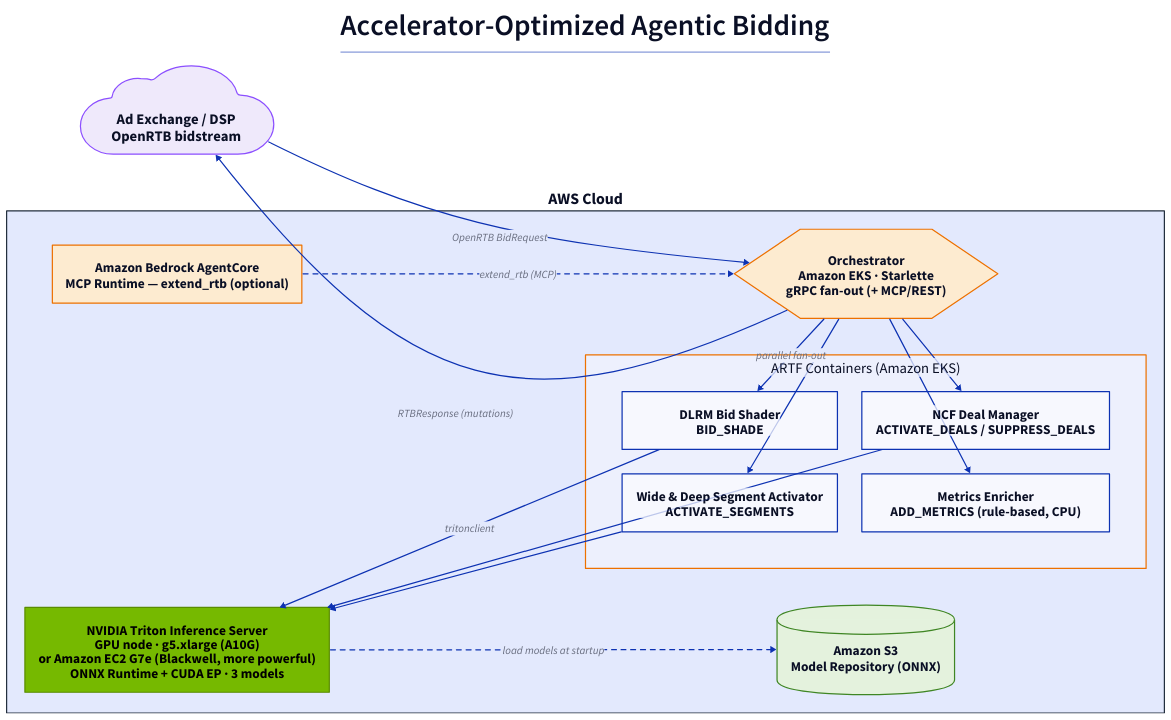
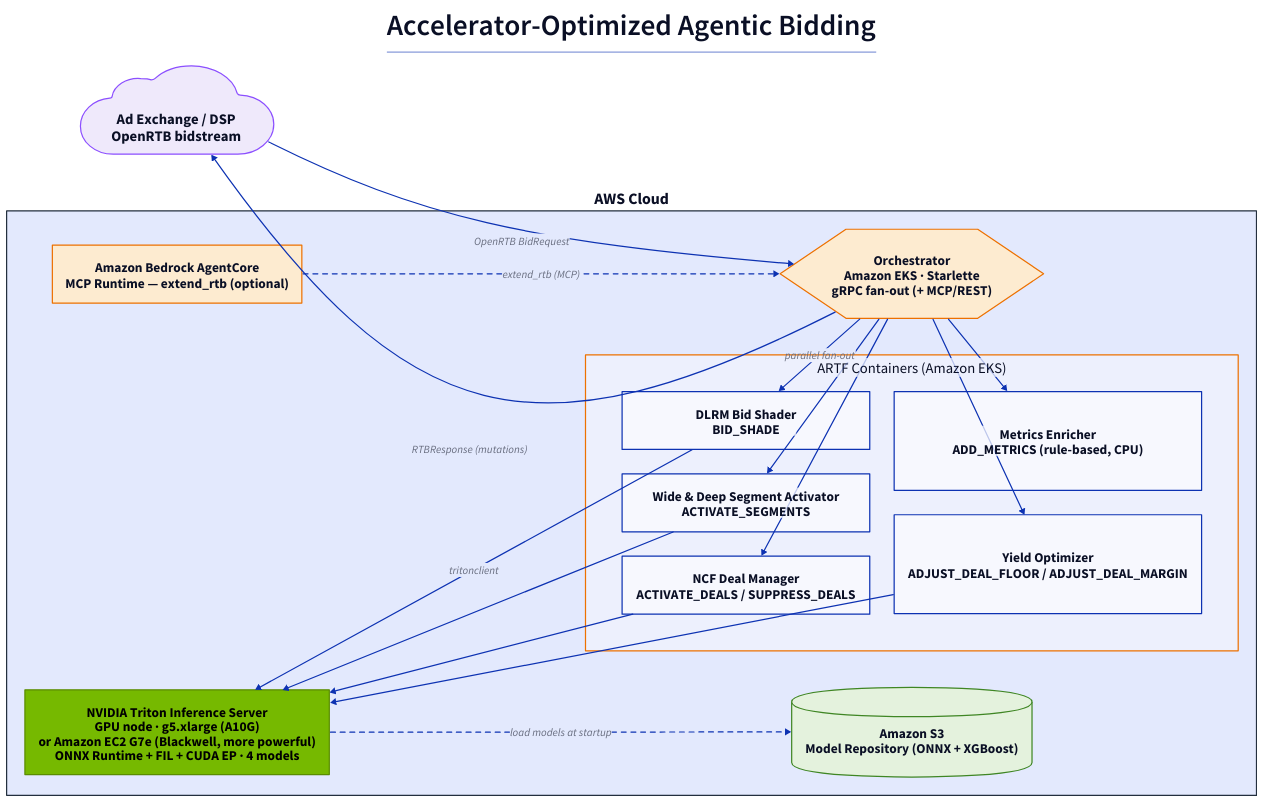
Before and after one commit to aws-solutions-library-samples/guidance-for-accelerator-optimized-agentic-bidding-on-aws: the diagram in assets/images/architecture-part1-realtime.d2, drawn with D2. The commit also changed 10 other files, not shown here.

```diff
--- a/assets/images/architecture-part1-realtime.d2
+++ b/assets/images/architecture-part1-realtime.d2
@@ -1,88 +1,91 @@
 # Part 1 — Real-Time Agentic Bidding (live integration path)
 # Shows how the solution is invoked in a live environment: an ad exchange / DSP
 # calls the ARTF extension point directly over the bidstream. The React test
 # console and its Cognito/CloudFront auth path are intentionally omitted.
 
 direction: right
 
 # Increase font sizes everywhere for readability
 **.style.font-size: 22
 (** -> **)[*].style.font-size: 18
 
 title: |md
   # Accelerator-Optimized Agentic Bidding
 | {
   near: top-center
   style.font-size: 24
   style.bold: true
 }
 
 exchange: "Ad Exchange / DSP\nOpenRTB bidstream" {
   shape: cloud
   style.fill: "#EFE9FB"
   style.stroke: "#8C4FFF"
   style.font-size: 24
 }
 
 aws: "AWS Cloud" {
   style.stroke: "#232F3E"
   style.font-size: 26
   style.bold: true
 
   orch: "Orchestrator\nAmazon EKS · Starlette\ngRPC fan-out (+ MCP/REST)" {
     shape: hexagon
     style.fill: "#FDEBD0"
     style.stroke: "#ED7100"
     style.font-size: 22
   }
 
   containers: "ARTF Containers (Amazon EKS)" {
     style.stroke: "#ED7100"
     style.font-size: 24
     grid-columns: 2
     dlrm: "DLRM Bid Shader\nBID_SHADE"
     wd: "Wide & Deep Segment Activator\nACTIVATE_SEGMENTS"
     ncf: "NCF Deal Manager\nACTIVATE_DEALS / SUPPRESS_DEALS"
     metrics: "Metrics Enricher\nADD_METRICS (rule-based, CPU)"
+    yield: "Yield Optimizer\nADJUST_DEAL_FLOOR / ADJUST_DEAL_MARGIN"
   }
 
-  triton: "NVIDIA Triton Inference Server\nGPU node · g5.xlarge (A10G)\nor Amazon EC2 G7e (Blackwell, more powerful)\nONNX Runtime + CUDA EP · 3 models" {
+  triton: "NVIDIA Triton Inference Server\nGPU node · g5.xlarge (A10G)\nor Amazon EC2 G7e (Blackwell, more powerful)\nONNX Runtime + FIL + CUDA EP · 4 models" {
     style.fill: "#76b900"
     style.stroke: "#5a8c00"
     style.font-color: "#000000"
     style.font-size: 22
   }
 
-  models: "Amazon S3\nModel Repository (ONNX)" {
+  models: "Amazon S3\nModel Repository (ONNX + XGBoost)" {
     shape: cylinder
     style.fill: "#E4F2DD"
     style.stroke: "#3F8624"
     style.font-size: 22
   }
 
   agentcore: "Amazon Bedrock AgentCore\nMCP Runtime — extend_rtb (optional)" {
     style.fill: "#FDEBD0"
     style.stroke: "#ED7100"
     style.font-size: 22
   }
 }
 
 exchange -> aws.orch: "OpenRTB BidRequest"
 aws.orch -> exchange: "RTBResponse (mutations)"
 
 aws.orch -> aws.containers.dlrm: "parallel fan-out"
 aws.orch -> aws.containers.wd
 aws.orch -> aws.containers.ncf
 aws.orch -> aws.containers.metrics
+aws.orch -> aws.containers.yield
 
 aws.containers.dlrm -> aws.triton: "tritonclient"
 aws.containers.wd -> aws.triton
 aws.containers.ncf -> aws.triton
+aws.containers.yield -> aws.triton
 
 aws.triton -> aws.models: "load models at startup" {
   style.stroke-dash: 4
 }
 
 aws.agentcore -> aws.orch: "extend_rtb (MCP)" {
   style.stroke-dash: 4
 }
```
